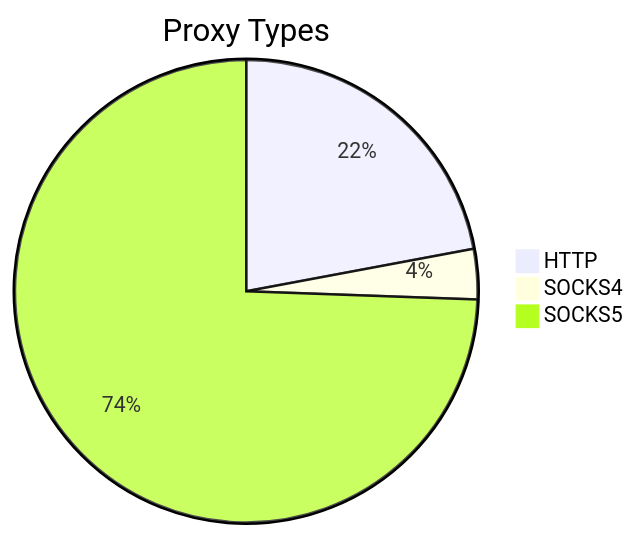
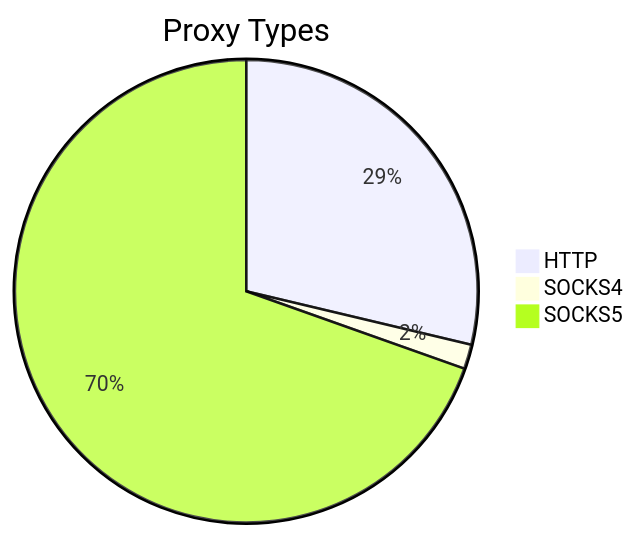
One commit to stormsia/proxy-list changed the first of 2 diagrams in README.md. Above: the diagram before and after it, drawn with Mermaid. The commit also changed other lines of this file, not shown here.

````diff
--- a/README.md
+++ b/README.md
@@ -21,6 +21,6 @@
 ```mermaid
 pie title Proxy Types
-    "HTTP" : 283
-    "SOCKS4" : 45
-    "SOCKS5" : 955
+    "HTTP" : 234
+    "SOCKS4" : 14
+    "SOCKS5" : 567
 ```
````
